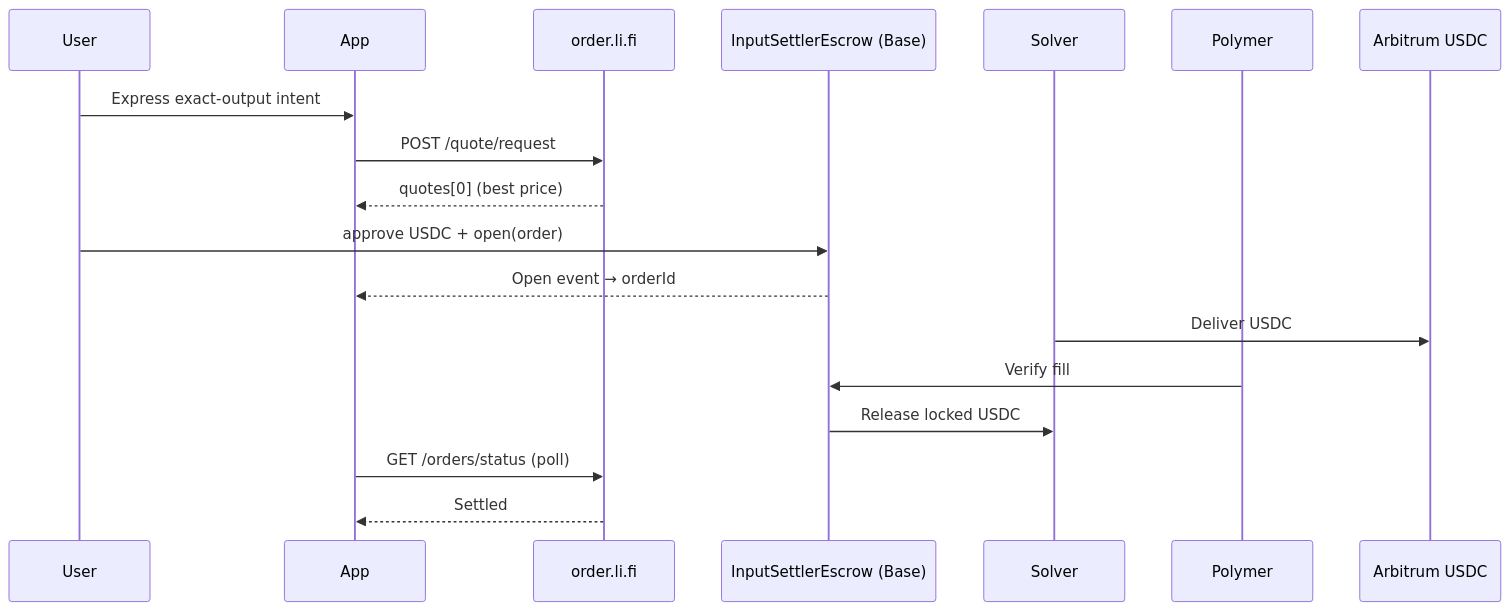
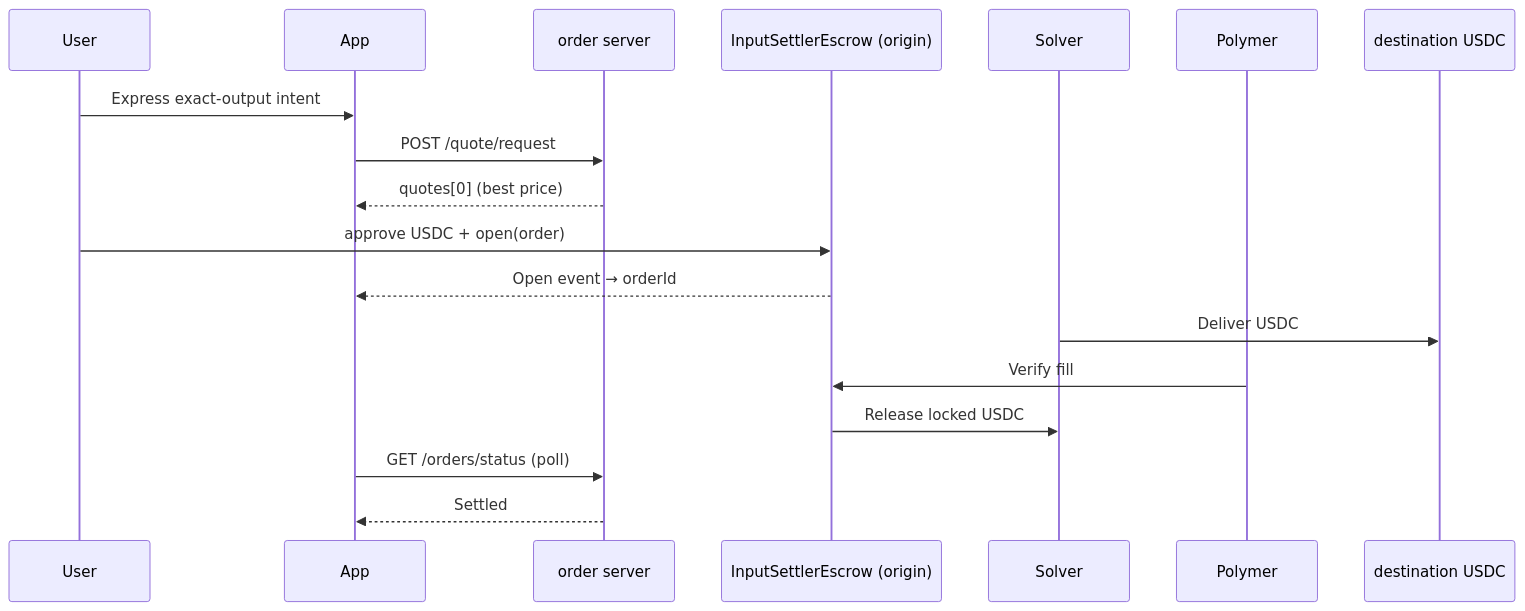
Before and after one commit to Demiladepy/one-click-treasury: the diagram in README.md, drawn with Mermaid. The commit also changed other lines of this file, not shown here.

````diff
--- a/README.md
+++ b/README.md
@@ -25,21 +25,21 @@
 ```mermaid
 sequenceDiagram
   participant User
   participant App
-  participant OrderServer as order.li.fi
-  participant Escrow as InputSettlerEscrow (Base)
+  participant OrderServer as order server
+  participant Escrow as InputSettlerEscrow (origin)
   participant Solver
   participant Oracle as Polymer
-  participant Dest as Arbitrum USDC
+  participant Dest as destination USDC
 
   User->>App: Express exact-output intent
   App->>OrderServer: POST /quote/request
   OrderServer-->>App: quotes[0] (best price)
   User->>Escrow: approve USDC + open(order)
   Escrow-->>App: Open event → orderId
   Solver->>Dest: Deliver USDC
   Oracle->>Escrow: Verify fill
   Escrow->>Solver: Release locked USDC
   App->>OrderServer: GET /orders/status (poll)
   OrderServer-->>App: Settled
 ```
````
